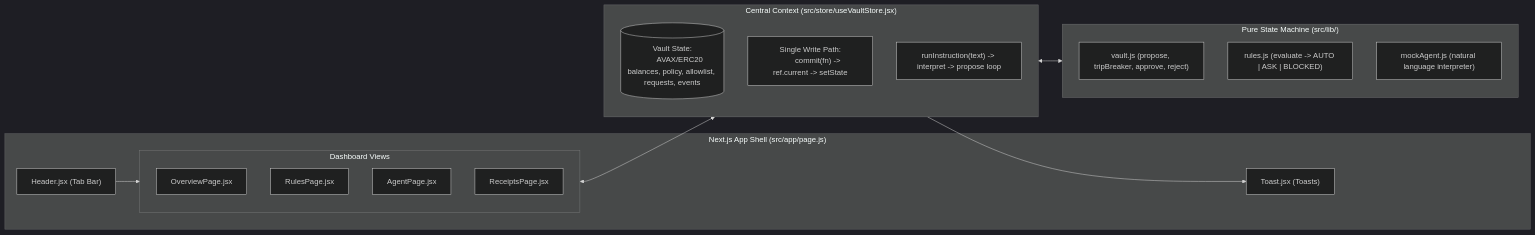
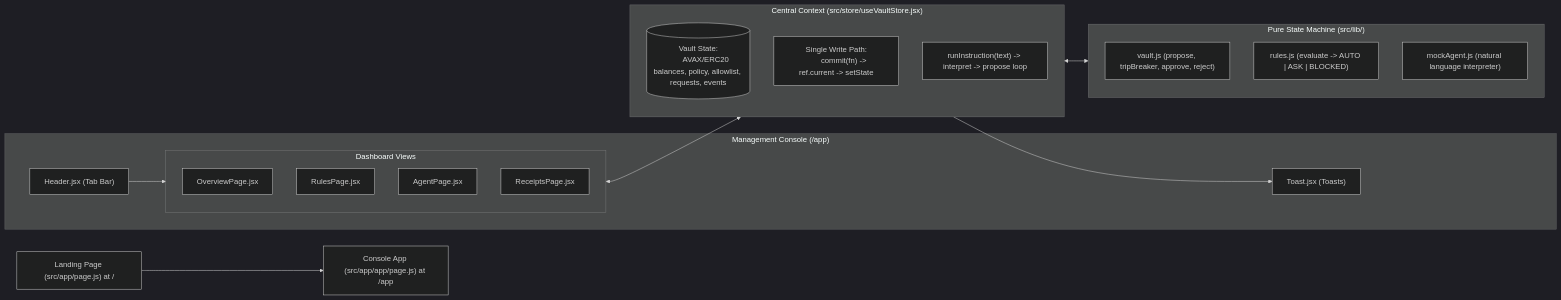
Before and after one commit to agehcx/utopia-hackathon: the second of 2 diagrams in memory-bank/systemPatterns.md, drawn with Mermaid (dark theme). The commit also changed 5 other files, not shown here.

First line of the commit message:
docs: update README and memory bank with Fuji deploy instructions and landing/app routes

````diff
--- a/memory-bank/systemPatterns.md
+++ b/memory-bank/systemPatterns.md
@@ -132,33 +132,35 @@
 ```mermaid
 flowchart LR
-    subgraph UI["Next.js App Shell (src/app/page.js)"]
+    Landing["Landing Page (src/app/page.js) at /"] --> App["Console App (src/app/app/page.js) at /app"]
+
+    subgraph UI["Management Console (/app)"]
         Header["Header.jsx (Tab Bar)"]
         Toasts["Toast.jsx (Toasts)"]
         
         subgraph Views["Dashboard Views"]
             Overview["OverviewPage.jsx"]
             Rules["RulesPage.jsx"]
             Agent["AgentPage.jsx"]
             Receipts["ReceiptsPage.jsx"]
         end
     end
 
     subgraph Store["Central Context (src/store/useVaultStore.jsx)"]
         State[("Vault State:
         AVAX/ERC20 balances, policy, allowlist, requests, events")]
         Commit["Single Write Path:
         commit(fn) -> ref.current -> setState"]
         Runner["runInstruction(text) -> interpret -> propose loop"]
     end
 
     subgraph Lib["Pure State Machine (src/lib/)"]
         VaultMachine["vault.js (propose, tripBreaker, approve, reject)"]
         RuleEngine["rules.js (evaluate -> AUTO | ASK | BLOCKED)"]
         MockAgent["mockAgent.js (natural language interpreter)"]
     end
 
     Header --> Views
     Views <--> Store
     Store <--> Lib
     Store --> Toasts
 ```
````
